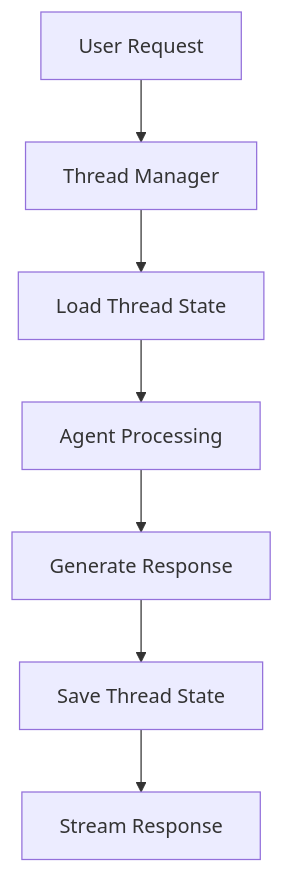
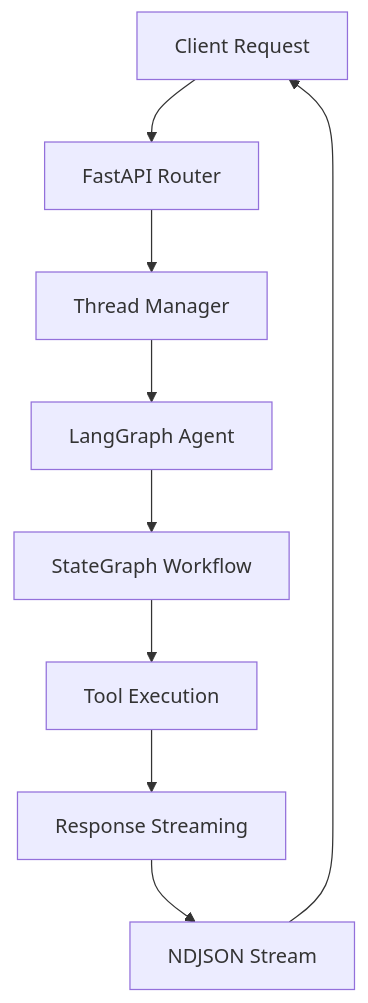
Before and after one commit to posgnu/gigr-agent: the diagram in README.md, drawn with Mermaid. The commit also changed other lines of this file and 5 other files, not shown here.

````diff
--- a/README.md
+++ b/README.md
@@ -24,9 +16,11 @@
 ```mermaid
 graph TD
-    A[User Request] --> B[Thread Manager]
-    B --> C[Load Thread State]
-    C --> D[Agent Processing]
-    D --> E[Generate Response]
-    E --> F[Save Thread State]
-    F --> G[Stream Response]
+    A[Client Request] --> B[FastAPI Router]
+    B --> C[Thread Manager]
+    C --> D[LangGraph Agent]
+    D --> E[StateGraph Workflow]
+    E --> F[Tool Execution]
+    F --> G[Response Streaming]
+    G --> H[NDJSON Stream]
+    H --> A
 ```
````
